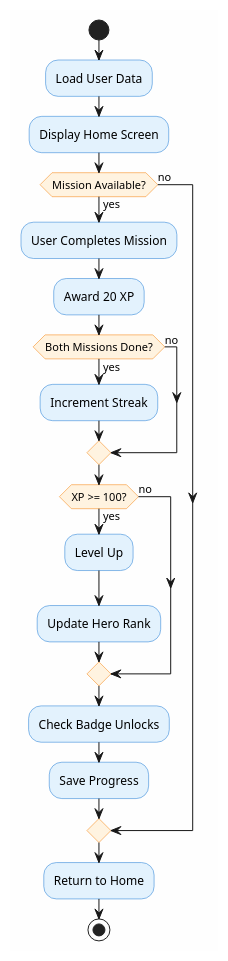
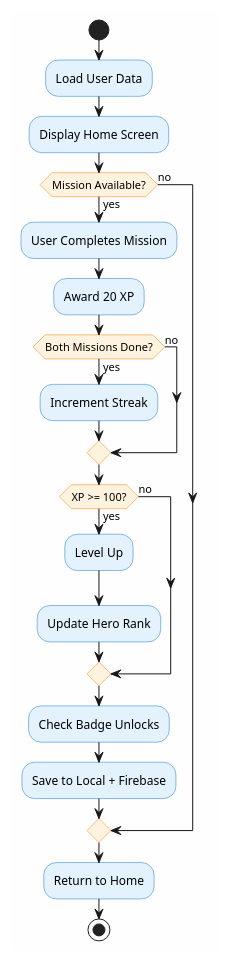
Before and after one commit to nabilashahirah/toothymate: the first of 12 diagrams in thesis_chapters/PlantUML_Diagrams.md, drawn with PlantUML. The commit also changed other lines of this file and 9 other files, not shown here.

````diff
--- a/thesis_chapters/PlantUML_Diagrams.md
+++ b/thesis_chapters/PlantUML_Diagrams.md
@@ -11,37 +11,37 @@
 ```plantuml
 @startuml Gamification System
 skinparam backgroundColor #FEFEFE
 skinparam activityBackgroundColor #E3F2FD
 skinparam activityBorderColor #1976D2
 skinparam activityDiamondBackgroundColor #FFF3E0
 skinparam activityDiamondBorderColor #F57C00
 
 start
 :Load User Data;
 :Display Home Screen;
 
 if (Mission Available?) then (yes)
   :User Completes Mission;
   :Award 20 XP;
 
   if (Both Missions Done?) then (yes)
     :Increment Streak;
   else (no)
   endif
 
   if (XP >= 100?) then (yes)
     :Level Up;
     :Update Hero Rank;
   else (no)
   endif
 
   :Check Badge Unlocks;
-  :Save Progress;
+  :Save to Local + Firebase;
 else (no)
 endif
 
 :Return to Home;
 stop
 
 @enduml
 ```
````
